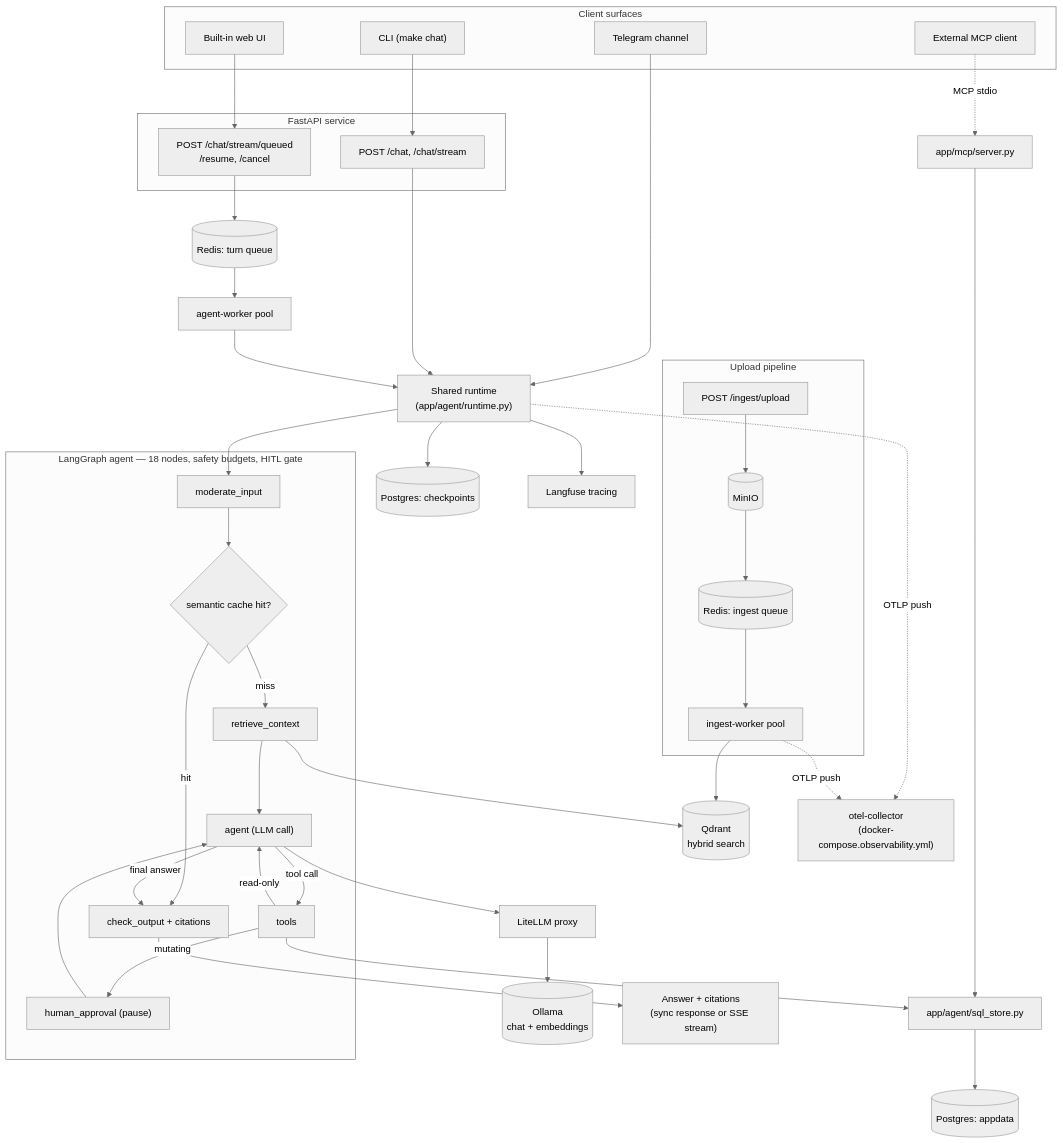
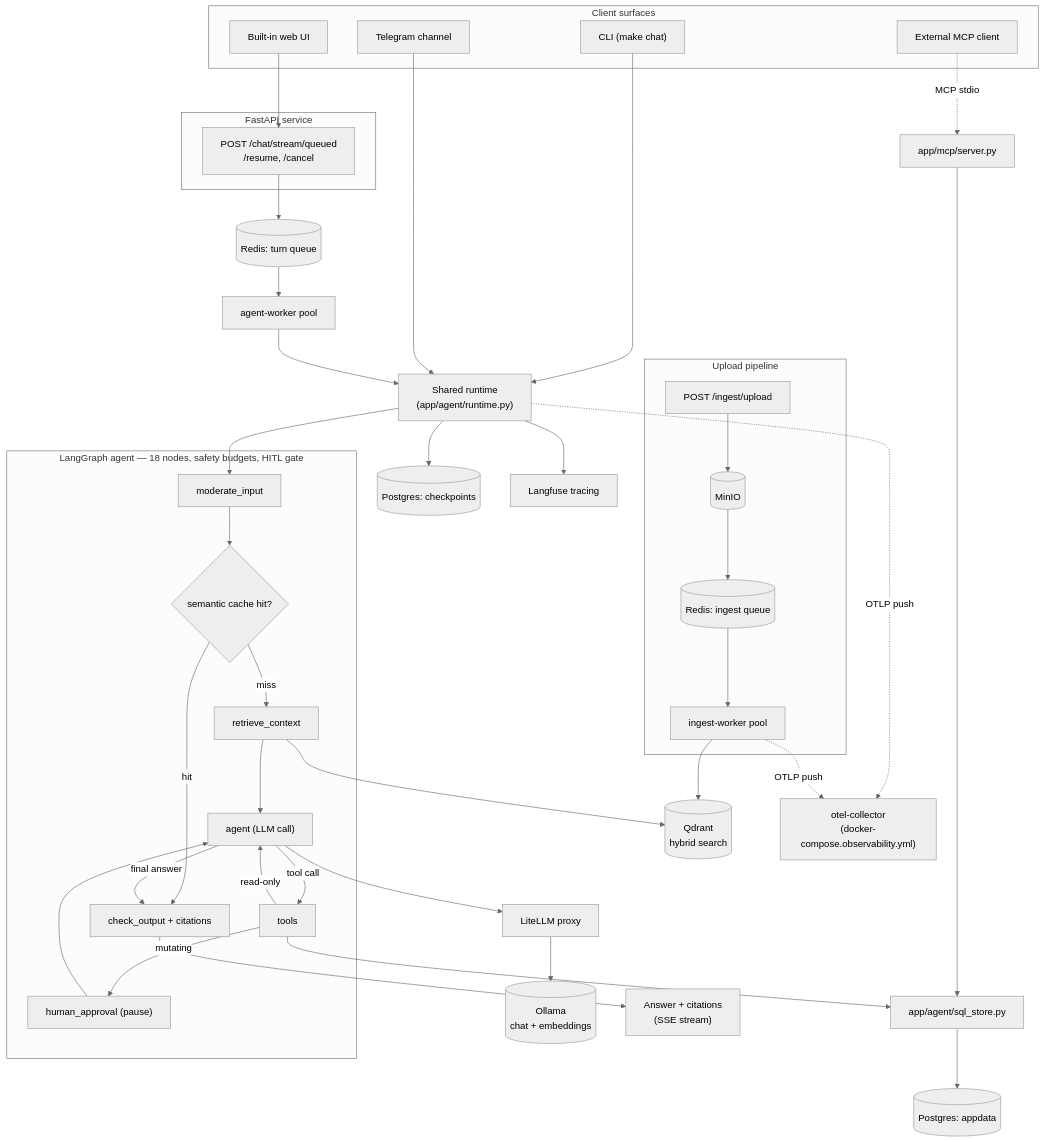
Before and after one commit to truongpx396/agent-core-demo: the diagram in README.md, drawn with Mermaid (neutral theme). The commit also changed other lines of this file and 32 other files, not shown here.

First line of the commit message:
Remove sync answer()/stream_turn() and the in-process /chat, /chat/stream APIs

````diff
--- a/README.md
+++ b/README.md
@@ -49,62 +49,60 @@
 ```mermaid
 flowchart TB
     subgraph clients_sg["Client surfaces"]
         CLI["CLI (make chat)"]
         WebUI["Built-in web UI"]
         Telegram["Telegram channel"]
         ExtMCP["External MCP client"]
     end
 
     subgraph api_sg["FastAPI service"]
-        Sync["POST /chat, /chat/stream"]
         Queued["POST /chat/stream/queued<br/>/resume, /cancel"]
     end
 
-    CLI --> Sync
+    CLI --> Runtime["Shared runtime<br/>(app/agent/runtime.py)"]
     WebUI --> Queued
     Telegram --> Runtime
     ExtMCP -. MCP stdio .-> MCPServer["app/mcp/server.py"]
 
-    Sync --> Runtime["Shared runtime<br/>(app/agent/runtime.py)"]
     Queued --> TurnQueue[("Redis: turn queue")]
     TurnQueue --> AgentWorker["agent-worker pool"]
     AgentWorker --> Runtime
 
     Runtime --> Moderate
 
     subgraph agent_sg["LangGraph agent — 18 nodes, safety budgets, HITL gate"]
         Moderate["moderate_input"]
         CacheCheck{"semantic cache hit?"}
         Retrieve["retrieve_context"]
         AgentNode["agent (LLM call)"]
         ToolsNode["tools"]
         HITL["human_approval (pause)"]
         Output["check_output + citations"]
     end
 
     Moderate --> CacheCheck
     CacheCheck -- miss --> Retrieve --> AgentNode
     CacheCheck -- hit --> Output
     AgentNode -- tool call --> ToolsNode
     ToolsNode -- mutating --> HITL --> AgentNode
     ToolsNode -- read-only --> AgentNode
     AgentNode -- final answer --> Output
 
     MCPServer --> SQL["app/agent/sql_store.py"]
     ToolsNode --> SQL
     SQL --> Postgres[("Postgres: appdata")]
     Retrieve --> Qdrant[("Qdrant<br/>hybrid search")]
     AgentNode --> LiteLLM["LiteLLM proxy"] --> Ollama[("Ollama<br/>chat + embeddings")]
     Runtime --> Checkpointer[("Postgres: checkpoints")]
     Runtime --> Langfuse["Langfuse tracing"]
     Runtime -. OTLP push .-> OtelCollector["otel-collector<br/>(docker-compose.observability.yml)"]
-    Output --> ClientResponse["Answer + citations<br/>(sync response or SSE stream)"]
+    Output --> ClientResponse["Answer + citations<br/>(SSE stream)"]
 
     subgraph ingest_sg["Upload pipeline"]
         UploadEP["POST /ingest/upload"] --> MinIO[("MinIO")]
         MinIO --> IngestQueue[("Redis: ingest queue")]
         IngestQueue --> IngestWorker["ingest-worker pool"]
     end
     IngestWorker --> Qdrant
     IngestWorker -. OTLP push .-> OtelCollector
 ```
````
